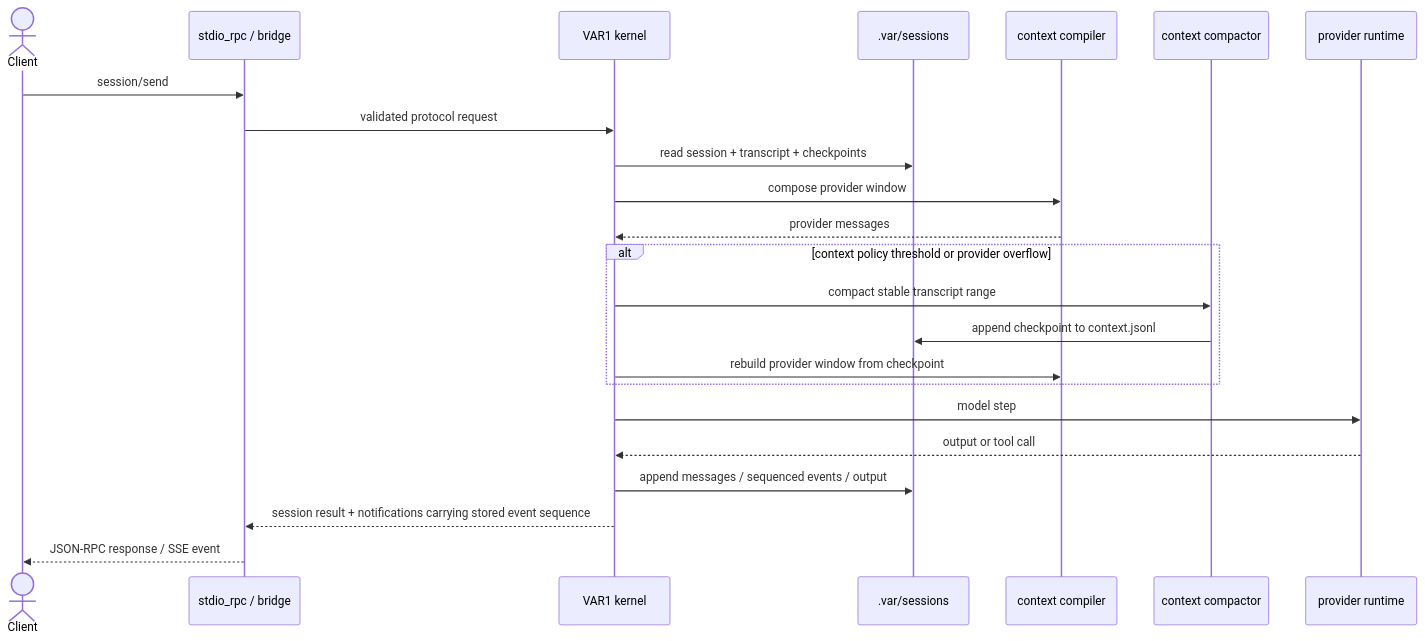
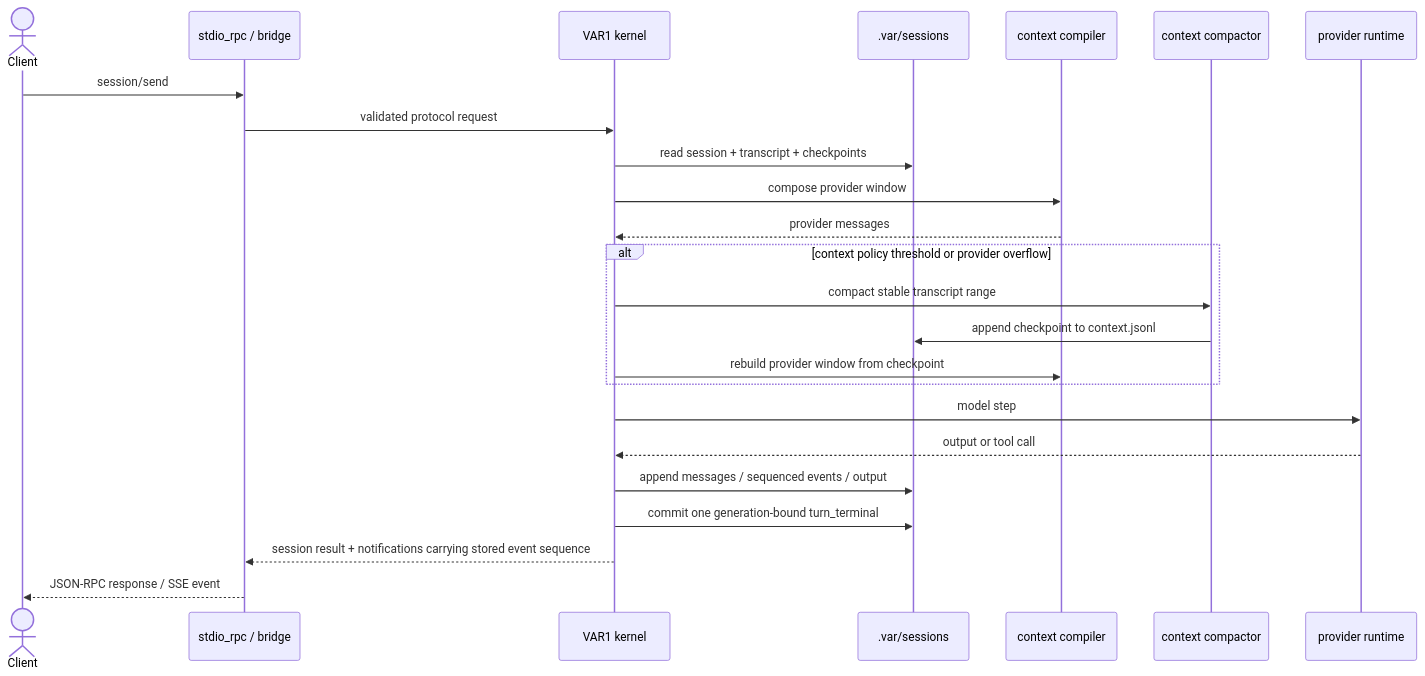
The third of 4 diagrams in README.md (savageops/VANTARI-ONE), drawn with Mermaid before and after one commit. The commit also changed other lines of this file and 31 other files, not shown here.

````diff
--- a/README.md
+++ b/README.md
@@ -448,26 +453,27 @@
 ```mermaid
 sequenceDiagram
   actor Client
   participant Host as stdio_rpc / bridge
   participant Kernel as VAR1 kernel
   participant Store as .var/sessions
   participant Builder as context compiler
   participant Compactor as context compactor
   participant Provider as provider runtime
 
   Client->>Host: session/send
   Host->>Kernel: validated protocol request
   Kernel->>Store: read session + transcript + checkpoints
   Kernel->>Builder: compose provider window
   Builder-->>Kernel: provider messages
   alt context policy threshold or provider overflow
     Kernel->>Compactor: compact stable transcript range
     Compactor->>Store: append checkpoint to context.jsonl
     Kernel->>Builder: rebuild provider window from checkpoint
   end
   Kernel->>Provider: model step
   Provider-->>Kernel: output or tool call
   Kernel->>Store: append messages / sequenced events / output
+  Kernel->>Store: commit one generation-bound turn_terminal
   Kernel-->>Host: session result + notifications carrying stored event sequence
   Host-->>Client: JSON-RPC response / SSE event
 ```
````
